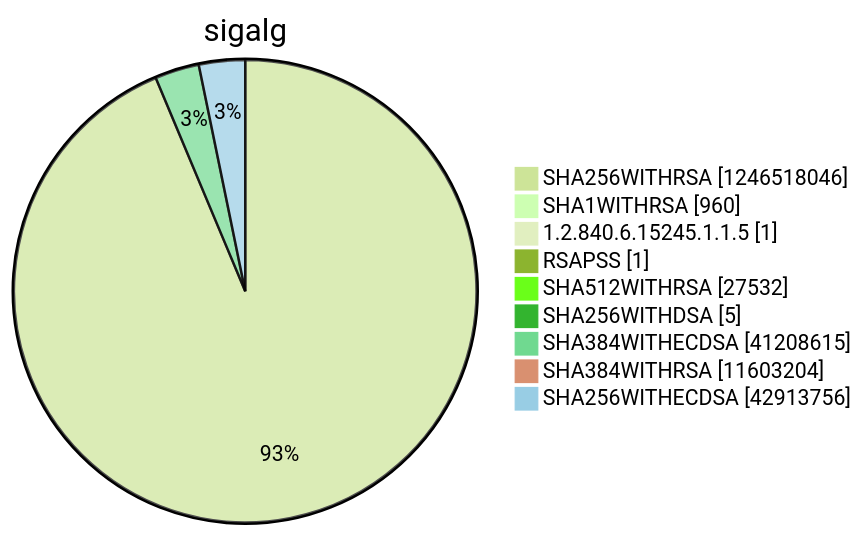
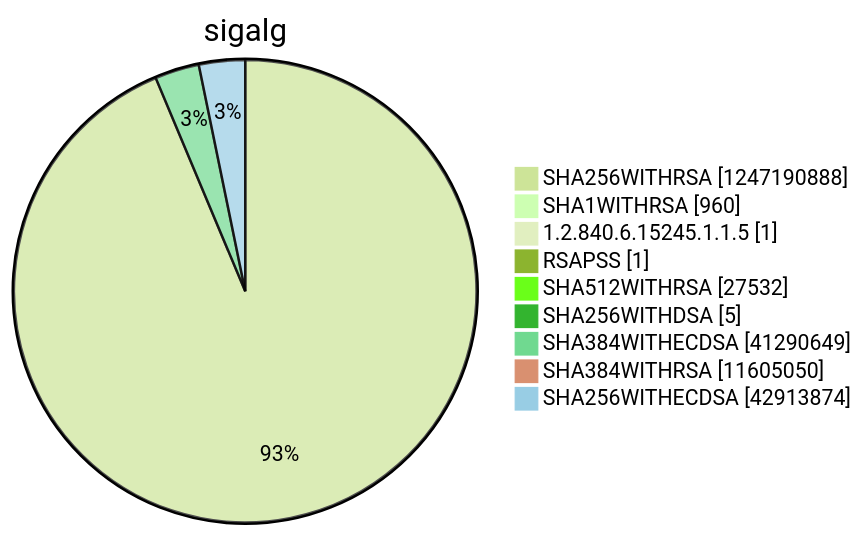
One commit to christiankrug/ctmonitor_visualization changed diagram 15 of 15 in argon2022/README.md. Above: the diagram before and after it, drawn with Mermaid (forest theme). The commit also changed other lines of this file, not shown here.

````diff
--- a/argon2022/README.md
+++ b/argon2022/README.md
@@ -5522,13 +5522,13 @@
 ```mermaid
 pie showData
 title sigalg
-"SHA256WITHRSA" :1246518046
+"SHA256WITHRSA" :1247190888
 "SHA1WITHRSA" :960
 "1.2.840.6.15245.1.1.5" :1
 "RSAPSS" :1
 "SHA512WITHRSA" :27532
 "SHA256WITHDSA" :5
-"SHA384WITHECDSA" :41208615
-"SHA384WITHRSA" :11603204
-"SHA256WITHECDSA" :42913756
+"SHA384WITHECDSA" :41290649
+"SHA384WITHRSA" :11605050
+"SHA256WITHECDSA" :42913874
 ```
````
